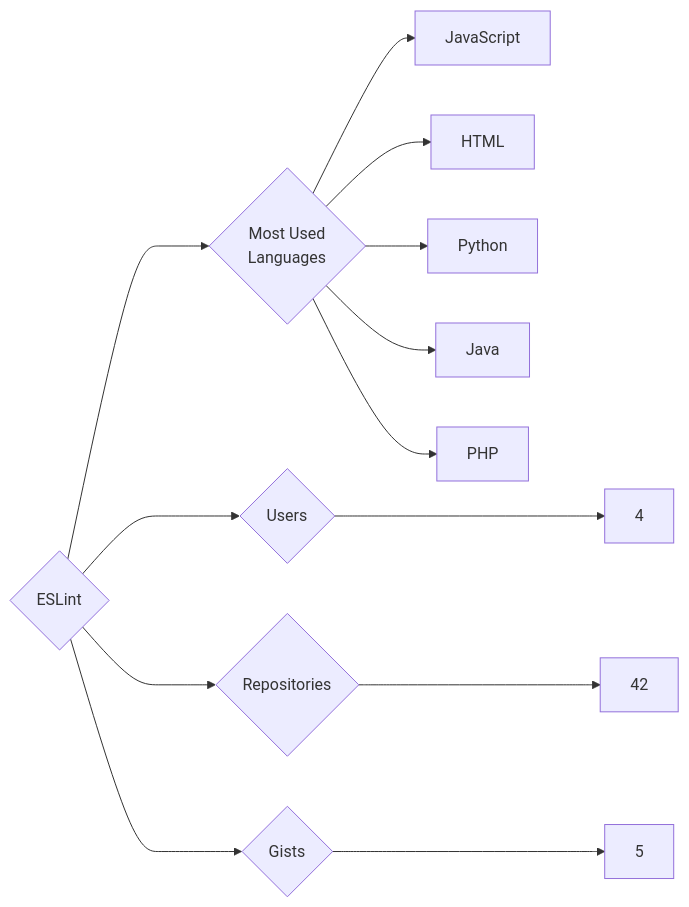
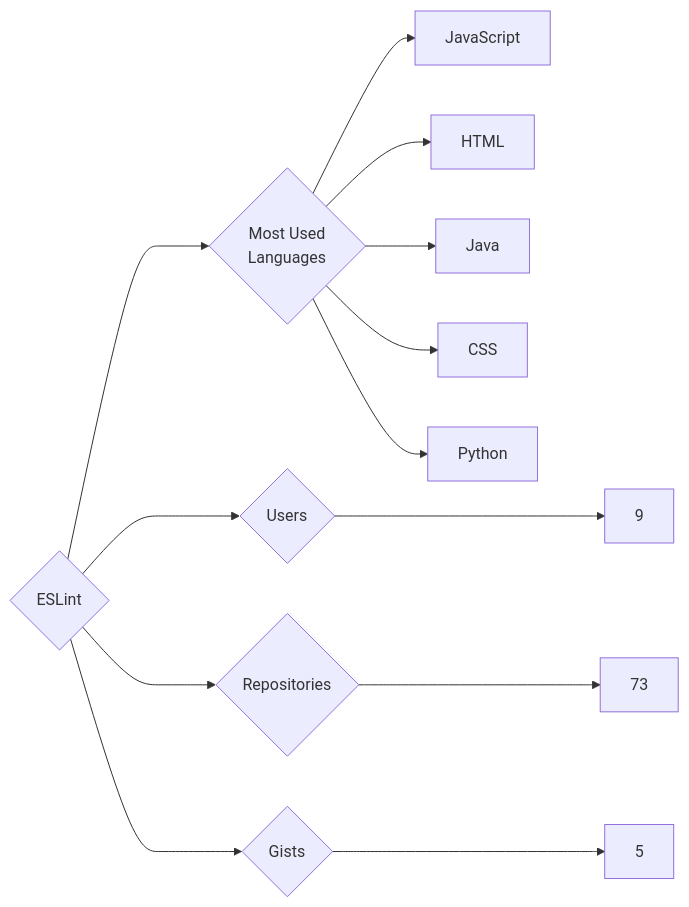
One commit to trickest/insiders changed the diagram in targets/ESLint/README.md. Above: the diagram before and after it, drawn with Mermaid. The commit also changed 859 other files, not shown here.

````diff
--- a/targets/ESLint/README.md
+++ b/targets/ESLint/README.md
@@ -3,13 +3,13 @@
 ```mermaid
 graph LR
 COMPANY_NAME{ESLint}
-COMPANY_NAME ---> U{Users} ---> UN[4]
-COMPANY_NAME ---> R{Repositories} ---> RN[42]
+COMPANY_NAME ---> U{Users} ---> UN[9]
+COMPANY_NAME ---> R{Repositories} ---> RN[73]
 COMPANY_NAME ---> G{Gists} ---> GN[5]
 COMPANY_NAME ---> ML{Most Used<br>Languages}
 ML --> JavaScript[JavaScript]
 ML --> HTML[HTML]
+ML --> Java[Java]
+ML --> CSS[CSS]
 ML --> Python[Python]
-ML --> Java[Java]
-ML --> PHP[PHP]
 ```
````
